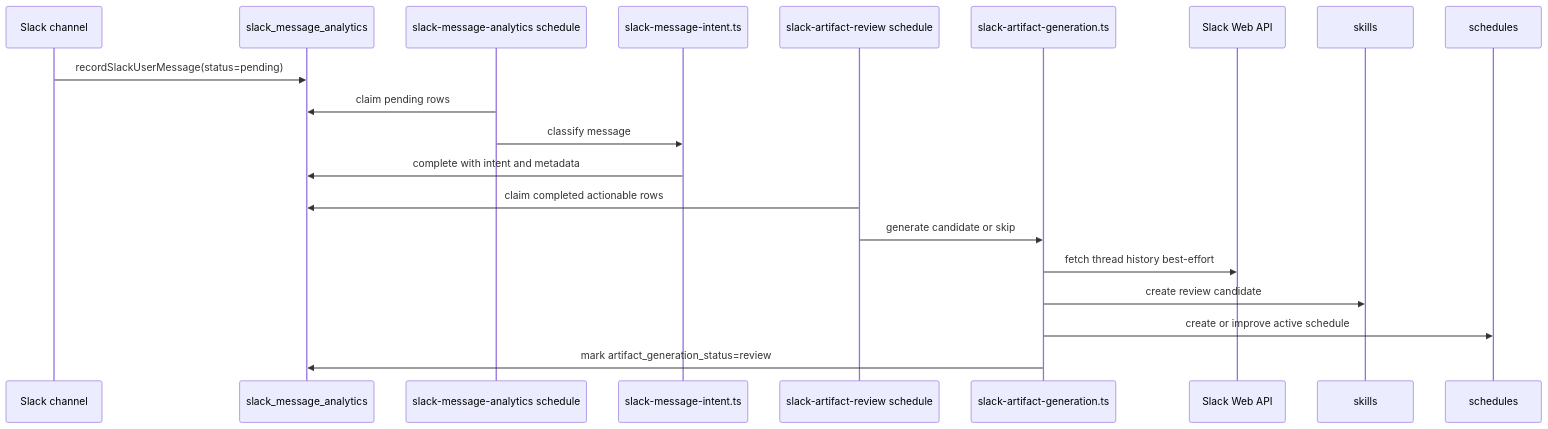
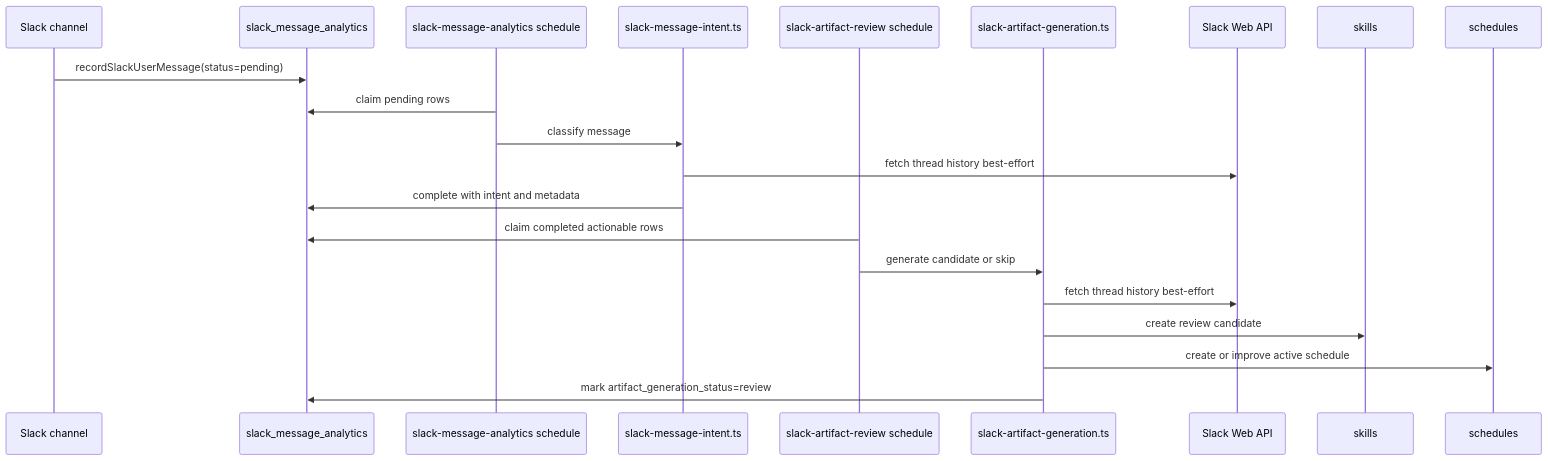
Before and after one commit to GorobVictor/slack-ai-agent-eve: the third of 3 diagrams in AGENTS.md, drawn with Mermaid. The commit also changed other lines of this file and 1 other file, not shown here.

First line of the commit message:
ref: document slack thread history intent flow

````diff
--- a/AGENTS.md
+++ b/AGENTS.md
@@ -325,23 +325,24 @@
 ```mermaid
 sequenceDiagram
   participant Slack as Slack channel
   participant DB as slack_message_analytics
   participant AnalysisSchedule as slack-message-analytics schedule
   participant Intent as slack-message-intent.ts
   participant ArtifactSchedule as slack-artifact-review schedule
   participant Generator as slack-artifact-generation.ts
   participant SlackAPI as Slack Web API
   participant Skills as skills
   participant Schedules as schedules
 
   Slack->>DB: recordSlackUserMessage(status=pending)
   AnalysisSchedule->>DB: claim pending rows
   AnalysisSchedule->>Intent: classify message
+  Intent->>SlackAPI: fetch thread history best-effort
   Intent->>DB: complete with intent and metadata
   ArtifactSchedule->>DB: claim completed actionable rows
   ArtifactSchedule->>Generator: generate candidate or skip
   Generator->>SlackAPI: fetch thread history best-effort
   Generator->>Skills: create review candidate
   Generator->>Schedules: create or improve active schedule
   Generator->>DB: mark artifact_generation_status=review
 ```
````
